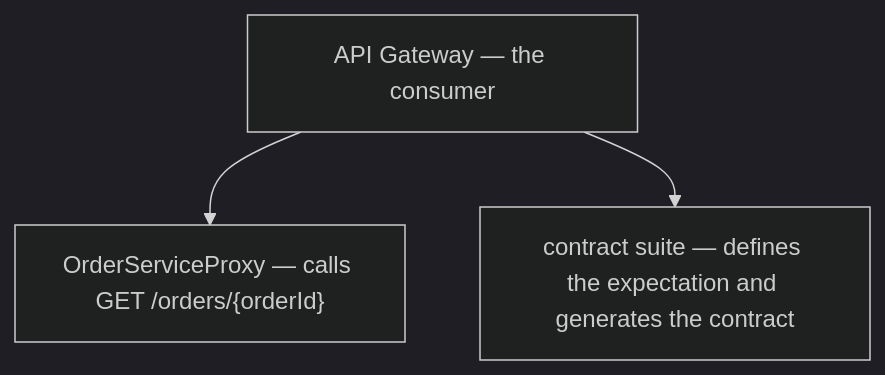
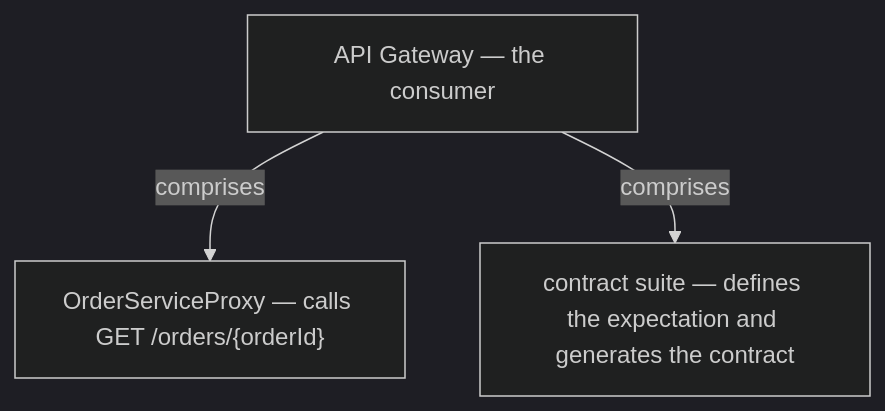
One commit to vinayakuber/microservices-io-study-guide changed the fifth of 13 diagrams in docs/ch25-consumer-driven-contract-test.md. Above: the diagram before and after it, drawn with Mermaid (dark theme). The commit also changed other lines of this file and 71 other files, not shown here.

First line of the commit message:
R18: label every diagram arrow with its meaning

````diff
--- a/docs/ch25-consumer-driven-contract-test.md
+++ b/docs/ch25-consumer-driven-contract-test.md
@@ -213,6 +213,6 @@
 ```mermaid
 flowchart TD
   R["API Gateway — the consumer"]
-  R --> P0["OrderServiceProxy — calls GET /orders/{orderId}"]
-  R --> P1["contract suite — defines the expectation and generates the contract"]
+  R -->|"comprises"| P0["OrderServiceProxy — calls GET /orders/{orderId}"]
+  R -->|"comprises"| P1["contract suite — defines the expectation and generates the contract"]
 ```
````
